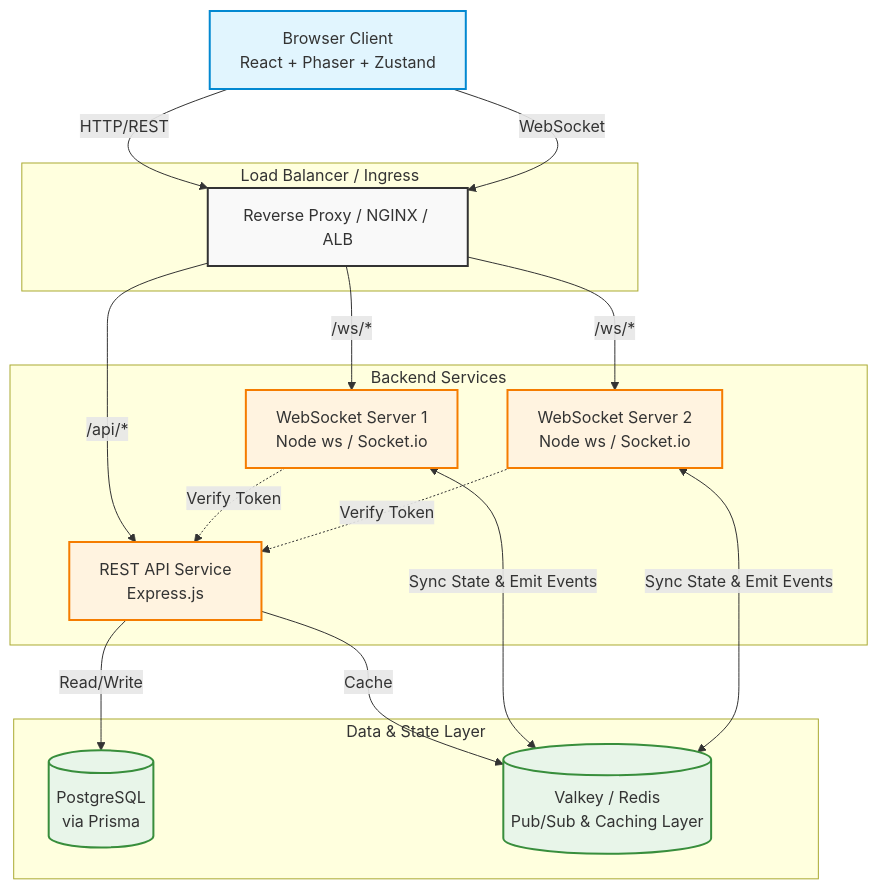
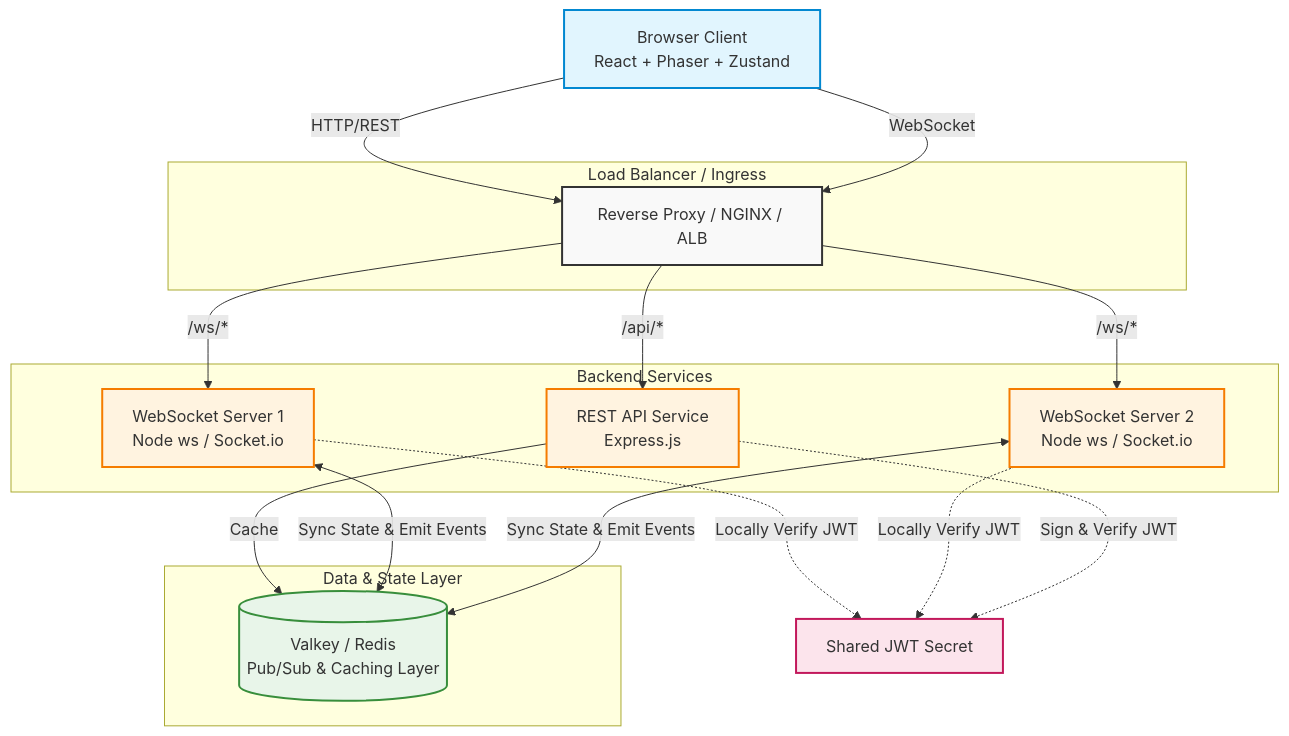
One commit to ShivaReddyVanja/pixelmeet changed the diagram in README.md. Above: the diagram before and after it, drawn with Mermaid. The commit also changed other lines of this file, not shown here.

Commit message:
docs: correct architecture diagram and auth flow

````diff
--- a/README.md
+++ b/README.md
@@ -28,49 +28,50 @@
 ```mermaid
 graph TD
     Client[Browser Client<br/>React + Phaser + Zustand]
     
     subgraph Load Balancer / Ingress
         LB[Reverse Proxy / NGINX / ALB]
     end
 
     subgraph Backend Services
         API[REST API Service<br/>Express.js]
         WS1[WebSocket Server 1<br/>Node ws / Socket.io]
         WS2[WebSocket Server 2<br/>Node ws / Socket.io]
     end
 
     subgraph Data & State Layer
-        DB[(PostgreSQL<br/>via Prisma)]
         Redis[(Valkey / Redis<br/>Pub/Sub & Caching Layer)]
     end
 
     %% Client Connections
     Client -->|HTTP/REST| LB
     Client -->|WebSocket| LB
     
     %% Routing
     LB -->|/api/*| API
     LB -->|/ws/*| WS1
     LB -->|/ws/*| WS2
 
-    %% Database & Cache
-    API -->|Read/Write| DB
+    %% Cache
     API -->|Cache| Redis
     
     %% Real-time Sync
     WS1 <-->|Sync State & Emit Events| Redis
     WS2 <-->|Sync State & Emit Events| Redis
     
-    %% Internal Auth (Optional Route)
-    WS1 -.->|Verify Token| API
-    WS2 -.->|Verify Token| API
+    %% Internal Auth (Shared Secret)
+    WS1 -.->|Locally Verify JWT| Auth[Shared JWT Secret]
+    WS2 -.->|Locally Verify JWT| Auth
+    API -.->|Sign & Verify JWT| Auth
 
     classDef default fill:#f9f9f9,stroke:#333,stroke-width:2px;
     classDef client fill:#e1f5fe,stroke:#0288d1,stroke-width:2px;
     classDef service fill:#fff3e0,stroke:#f57c00,stroke-width:2px;
     classDef db fill:#e8f5e9,stroke:#388e3c,stroke-width:2px;
+    classDef auth fill:#fce4ec,stroke:#c2185b,stroke-width:2px;
     
     class Client client;
     class API,WS1,WS2 service;
-    class DB,Redis db;
+    class Redis db;
+    class Auth auth;
 ```
````
